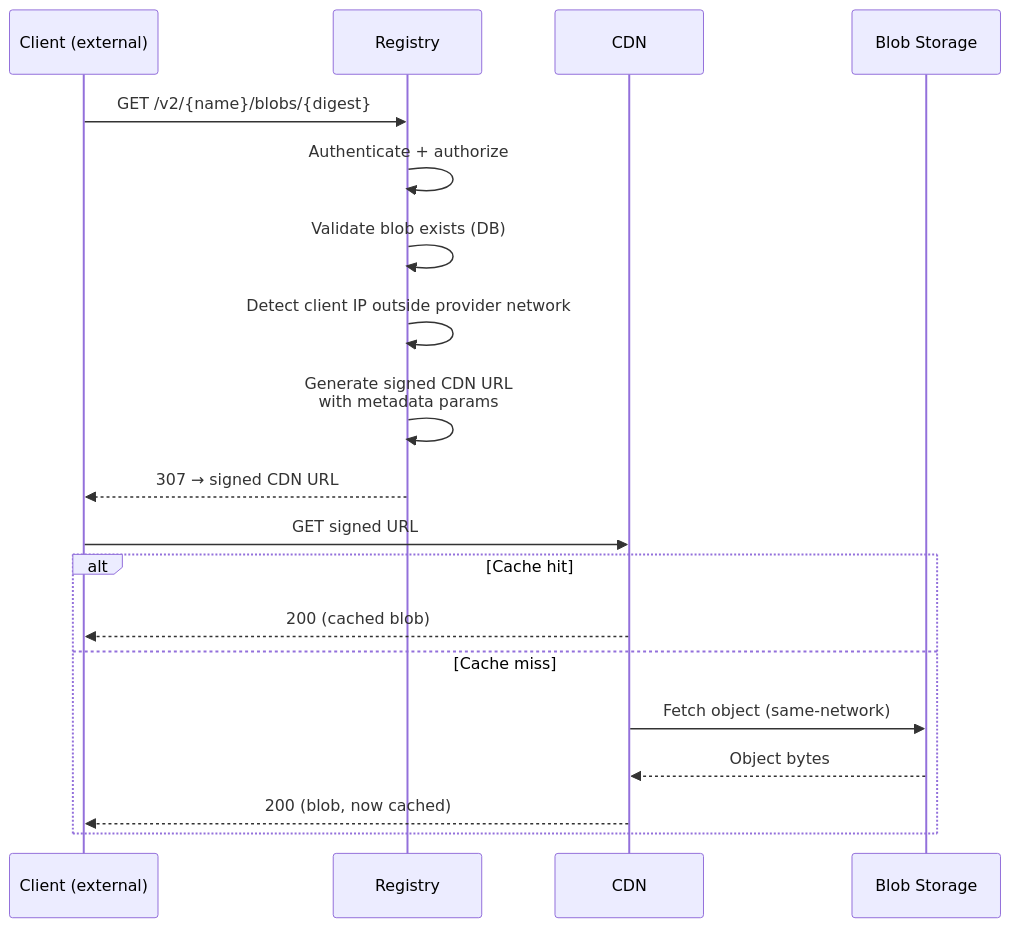
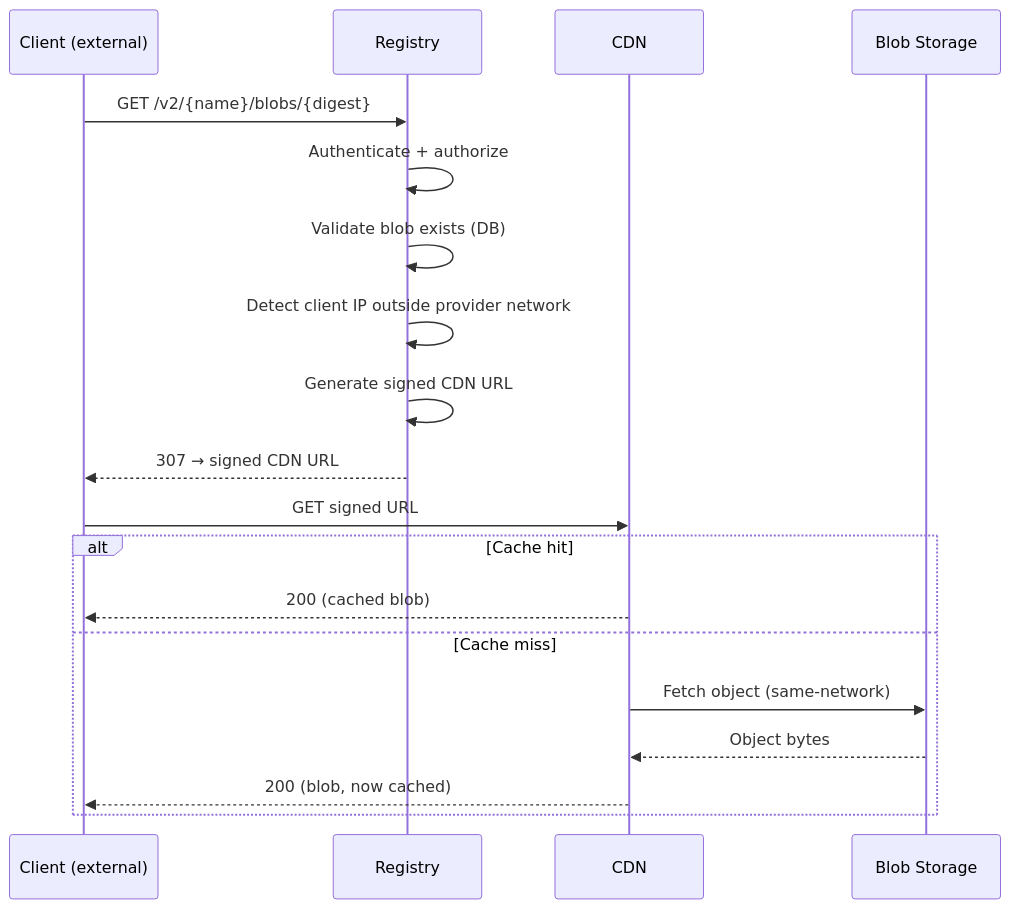
The first of 3 diagrams in content/handbook/engineering/architecture/design-documents/artifact_registry/decisions/013_storage_backend_interaction.md (kyama0/gitlab-handbook-ja), drawn with Mermaid before and after one commit. The commit also changed other lines of this file and 8 other files, not shown here.

````diff
--- a/content/handbook/engineering/architecture/design-documents/artifact_registry/decisions/013_storage_backend_interaction.md
+++ b/content/handbook/engineering/architecture/design-documents/artifact_registry/decisions/013_storage_backend_interaction.md
@@ -50,22 +50,22 @@
 ```mermaid
 sequenceDiagram
     participant C as Client (external)
     participant App as Registry
     participant CDN as CDN
     participant BS as Blob Storage
 
     C->>App: GET /v2/{name}/blobs/{digest}
     App->>App: Authenticate + authorize
     App->>App: Validate blob exists (DB)
     App->>App: Detect client IP outside provider network
-    App->>App: Generate signed CDN URL<br/>with metadata params
+    App->>App: Generate signed CDN URL
     App-->>C: 307 → signed CDN URL
     C->>CDN: GET signed URL
     alt Cache hit
         CDN-->>C: 200 (cached blob)
     else Cache miss
         CDN->>BS: Fetch object (same-network)
         BS-->>CDN: Object bytes
         CDN-->>C: 200 (blob, now cached)
     end
 ```
````
